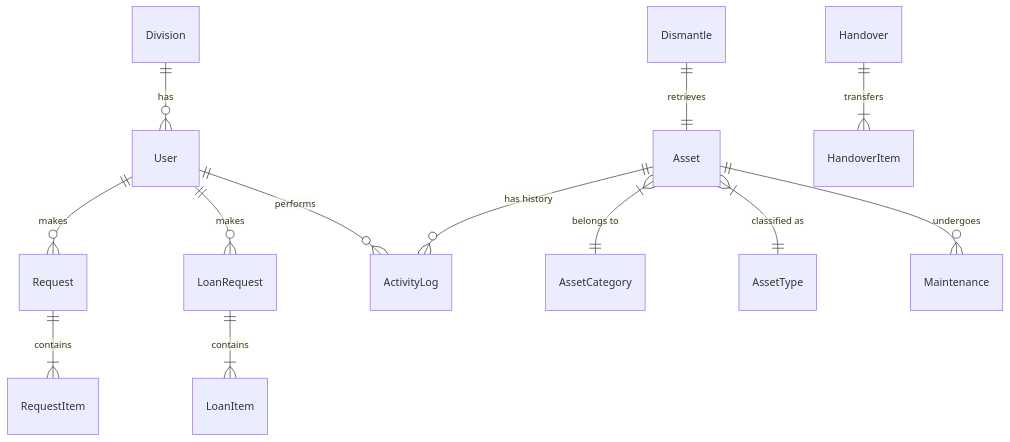
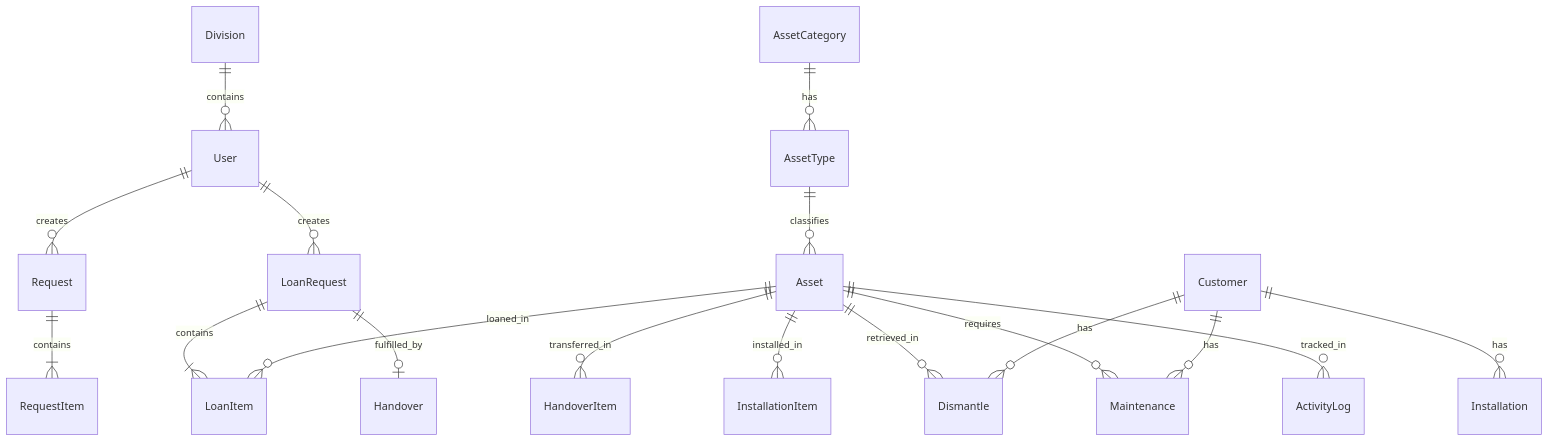
One commit to Asamaludi26/trinityinventoryapps changed the second of 2 diagrams in Docs/01_CONCEPT_AND_ARCHITECTURE/DATABASE_SCHEMA.md. Above: the diagram before and after it, drawn with Mermaid. The commit also changed other lines of this file and 67 other files, not shown here.

````diff
--- a/Docs/01_CONCEPT_AND_ARCHITECTURE/DATABASE_SCHEMA.md
+++ b/Docs/01_CONCEPT_AND_ARCHITECTURE/DATABASE_SCHEMA.md
@@ -8,18 +242,24 @@
 ```mermaid
 erDiagram
-    User ||--o{ Request : "makes"
-    User ||--o{ LoanRequest : "makes"
-    User ||--o{ ActivityLog : "performs"
-    Division ||--o{ User : "has"
+    User ||--o{ Request : creates
+    User ||--o{ LoanRequest : creates
+    Division ||--o{ User : contains
     
-    Asset }|--|| AssetCategory : "belongs to"
-    Asset }|--|| AssetType : "classified as"
-    Asset ||--o{ ActivityLog : "has history"
-    Asset ||--o{ Maintenance : "undergoes"
+    AssetCategory ||--o{ AssetType : has
+    AssetType ||--o{ Asset : classifies
     
-    Request ||--|{ RequestItem : "contains"
-    LoanRequest ||--|{ LoanItem : "contains"
+    Request ||--|{ RequestItem : contains
+    LoanRequest ||--|{ LoanItem : contains
+    LoanRequest ||--o| Handover : fulfilled_by
     
-    Handover ||--|{ HandoverItem : "transfers"
-    Dismantle ||--|| Asset : "retrieves"
+    Asset ||--o{ LoanItem : loaned_in
+    Asset ||--o{ HandoverItem : transferred_in
+    Asset ||--o{ InstallationItem : installed_in
+    Asset ||--o{ Dismantle : retrieved_in
+    Asset ||--o{ Maintenance : requires
+    Asset ||--o{ ActivityLog : tracked_in
+    
+    Customer ||--o{ Installation : has
+    Customer ||--o{ Dismantle : has
+    Customer ||--o{ Maintenance : has
 ```
````
